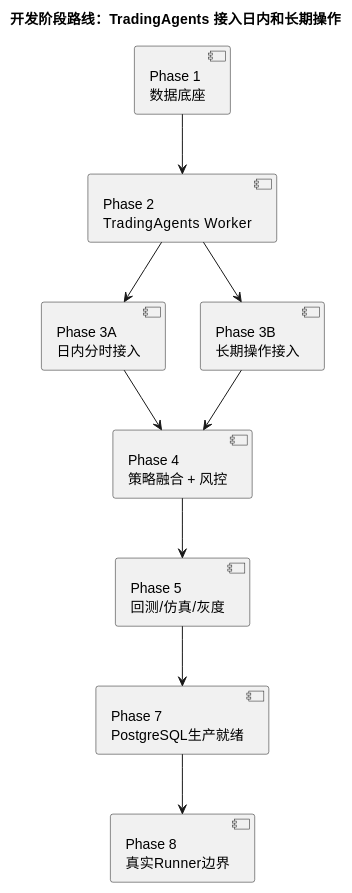
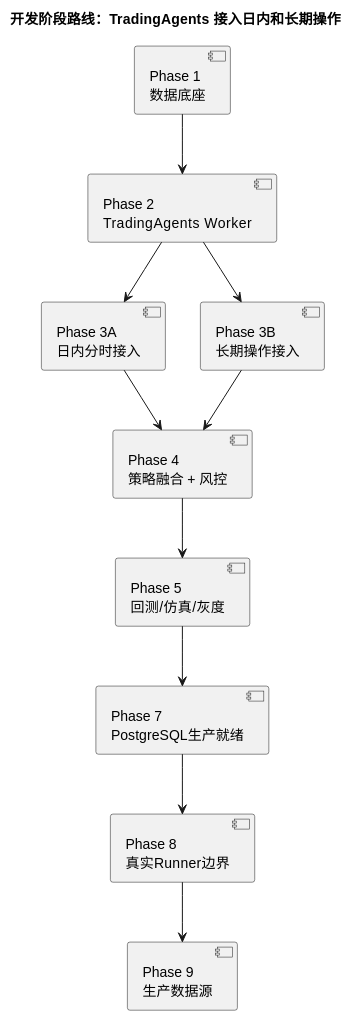
Diagram 16 of 16 in docs/community/info/custom_quant_architecture.md (zhoudirac-C/vnpy), drawn with PlantUML before and after one commit. The commit also changed other lines of this file and 2 other files, not shown here.

Commit message:
docs: mark production data sources phase complete

````diff
--- a/docs/community/info/custom_quant_architecture.md
+++ b/docs/community/info/custom_quant_architecture.md
@@ -1194,27 +1202,29 @@
 ```plantuml
 @startuml
 title 开发阶段路线：TradingAgents 接入日内和长期操作
 
 skinparam shadowing false
 skinparam packageStyle rectangle
 
 component "Phase 1\n数据底座" as P1
 component "Phase 2\nTradingAgents Worker" as P2
 component "Phase 3A\n日内分时接入" as P3A
 component "Phase 3B\n长期操作接入" as P3B
 component "Phase 4\n策略融合 + 风控" as P4
 component "Phase 5\n回测/仿真/灰度" as P5
 component "Phase 7\nPostgreSQL生产就绪" as P7
 component "Phase 8\n真实Runner边界" as P8
+component "Phase 9\n生产数据源" as P9
 
 P1 --> P2
 P2 --> P3A
 P2 --> P3B
 P3A --> P4
 P3B --> P4
 P4 --> P5
 P5 --> P7
 P7 --> P8
+P8 --> P9
 
 @enduml
 ```
````
